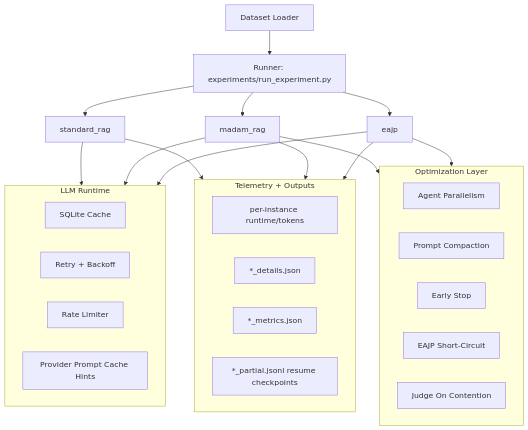
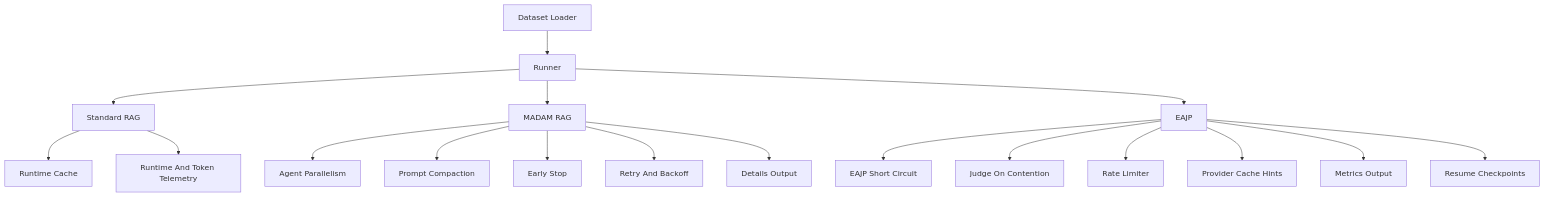
Before and after one commit to samlee1688/llms_final_project: the second of 2 diagrams in README.md, drawn with Mermaid. The commit also changed other lines of this file, not shown here.

Commit message:
Fixed Mermaid diagram in README.md

````diff
--- a/README.md
+++ b/README.md
@@ -834,40 +802,23 @@
 ```mermaid
 flowchart TD
-  A[Dataset Loader] --> B[Runner: experiments/run_experiment.py]
-  B --> C[standard_rag]
-  B --> D[madam_rag]
-  B --> E[eajp]
+  A[Dataset Loader] --> B[Runner]
+  B --> C[Standard RAG]
+  B --> D[MADAM RAG]
+  B --> E[EAJP]
 
-  subgraph O[Optimization Layer]
-    O1[Agent Parallelism]
-    O2[Prompt Compaction]
-    O3[Early Stop]
-    O4[EAJP Short-Circuit]
-    O5[Judge On Contention]
-  end
+  D --> O1[Agent Parallelism]
+  D --> O2[Prompt Compaction]
+  D --> O3[Early Stop]
+  E --> O4[EAJP Short Circuit]
+  E --> O5[Judge On Contention]
 
-  D --> O
-  E --> O
+  C --> M1[Runtime Cache]
+  D --> M2[Retry And Backoff]
+  E --> M3[Rate Limiter]
+  E --> M4[Provider Cache Hints]
 
-  subgraph M[LLM Runtime]
-    M1[SQLite Cache]
-    M2[Retry + Backoff]
-    M3[Rate Limiter]
-    M4[Provider Prompt Cache Hints]
-  end
-
-  C --> M
-  D --> M
-  E --> M
-
-  subgraph T[Telemetry + Outputs]
-    T1[per-instance runtime/tokens]
-    T2[*_details.json]
-    T3[*_metrics.json]
-    T4[*_partial.jsonl resume checkpoints]
-  end
-
-  C --> T
-  D --> T
-  E --> T
+  C --> T1[Runtime And Token Telemetry]
+  D --> T2[Details Output]
+  E --> T3[Metrics Output]
+  E --> T4[Resume Checkpoints]
 ```
````
